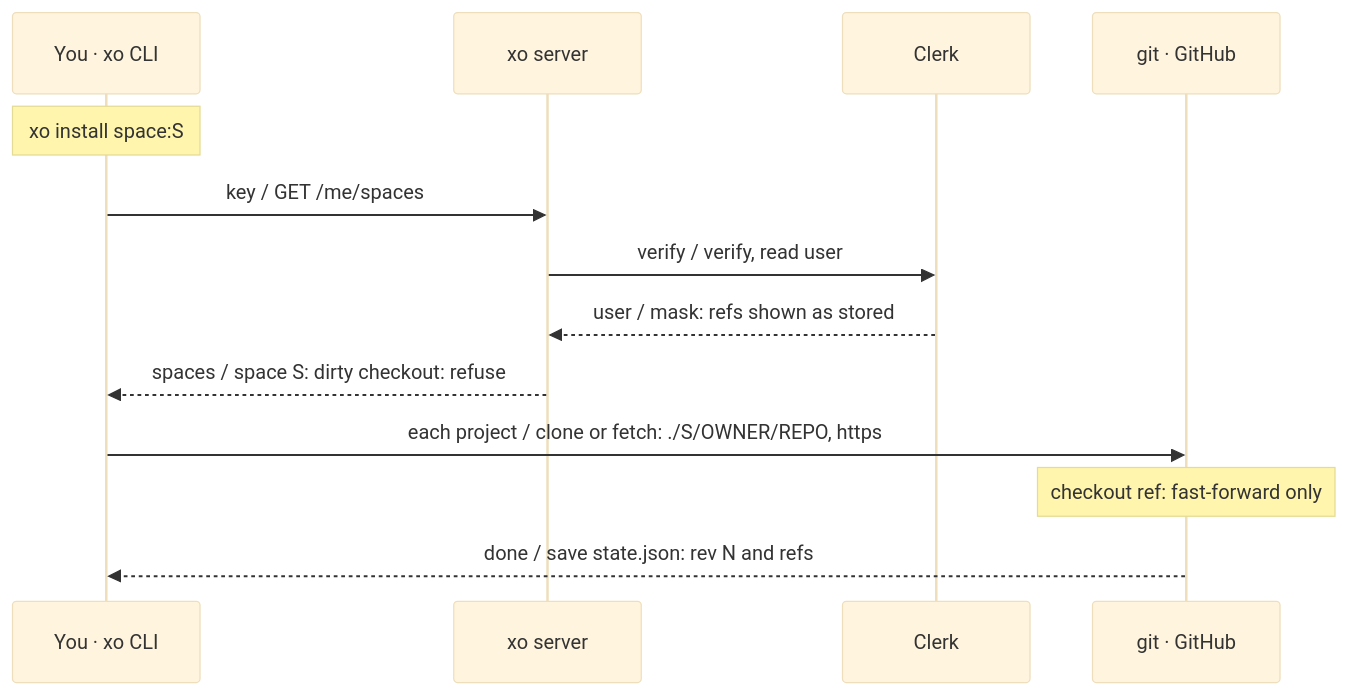
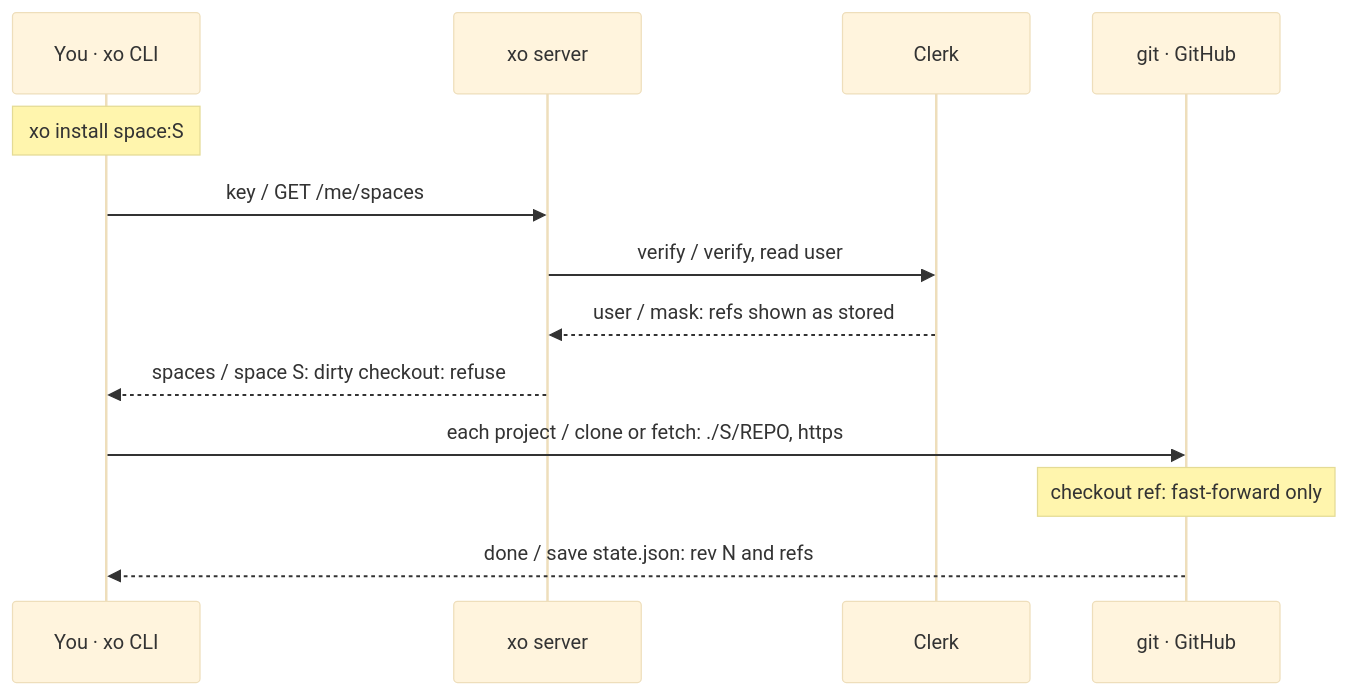
Before and after one commit to quirq-ai/xo: diagram 20 of 31 in docs/architecture.md, drawn with Mermaid (base theme). The commit also changed other lines of this file and 11 other files, not shown here.

````diff
--- a/docs/architecture.md
+++ b/docs/architecture.md
@@ -412,15 +438,15 @@
 ```mermaid
 sequenceDiagram
   participant Cli as You · xo CLI
   participant Srv as xo server
   participant Clerk as Clerk
   participant Git as git · GitHub
   Note over Cli: xo install space:S
   Cli->>Srv: key / GET /me/spaces
   Srv->>Clerk: verify / verify, read user
   Clerk-->>Srv: user / mask: refs shown as stored
   Srv-->>Cli: spaces / space S: dirty checkout: refuse
-  Cli->>Git: each project / clone or fetch: ./S/OWNER/REPO, https
+  Cli->>Git: each project / clone or fetch: ./S/REPO, https
   Note over Git: checkout ref: fast-forward only
   Git-->>Cli: done / save state.json: rev N and refs
 ```
````
